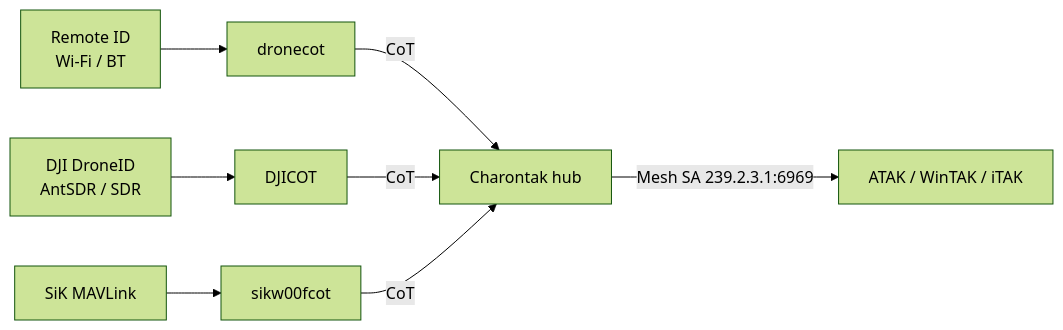
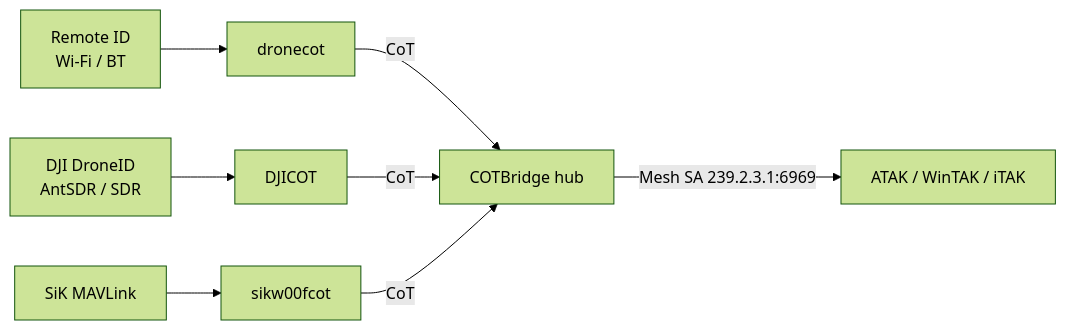
Before and after one commit to snstac/aryaos: the diagram in docs/deploy/counter-uas.md, drawn with Mermaid (forest theme). The commit also changed other lines of this file and 180 other files, not shown here.

````diff
--- a/docs/deploy/counter-uas.md
+++ b/docs/deploy/counter-uas.md
@@ -61,8 +61,8 @@
 ```mermaid
 flowchart LR
     RID[Remote ID<br/>Wi-Fi / BT] --> DC[dronecot]
     DJI[DJI DroneID<br/>AntSDR / SDR] --> DJICOT[DJICOT]
     MAV[SiK MAVLink] --> SK[sikw00fcot]
-    DC & DJICOT & SK -->|CoT| H[Charontak hub]
+    DC & DJICOT & SK -->|CoT| H[COTBridge hub]
     H -->|Mesh SA 239.2.3.1:6969| E[ATAK / WinTAK / iTAK]
 ```
````
